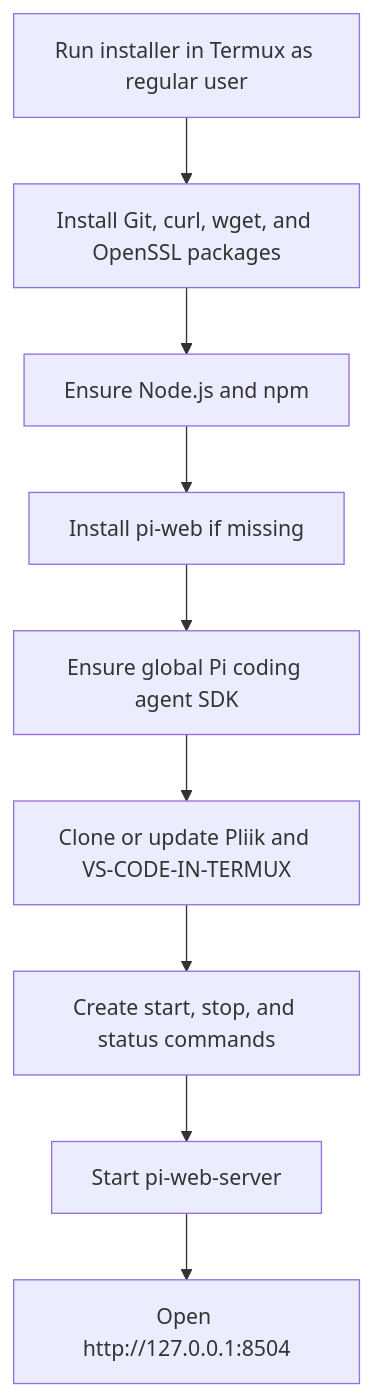
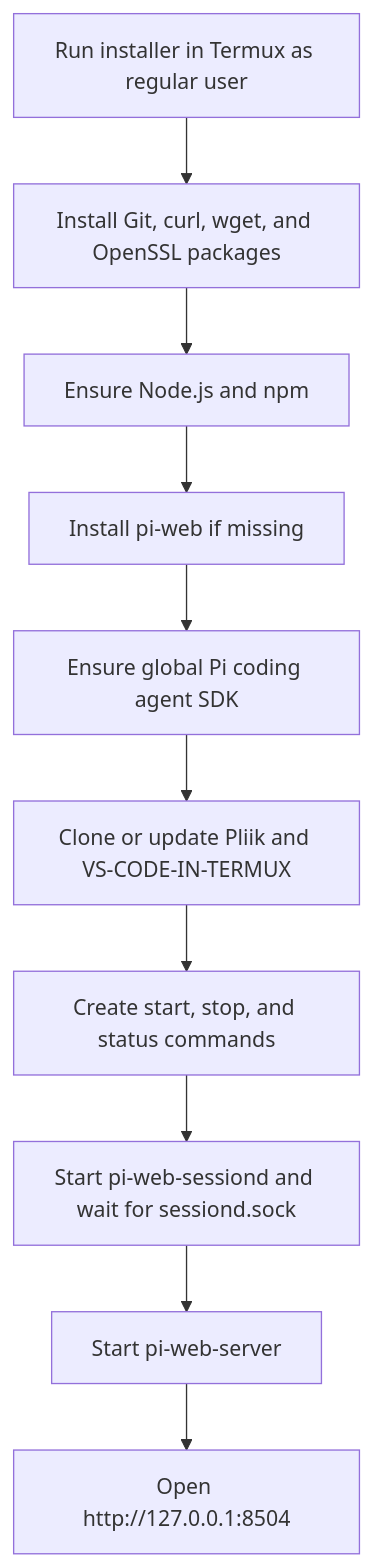
Before and after one commit to mutualendemic/pliik: the second of 2 diagrams in ARCHITECTURE.md, drawn with Mermaid. The commit also changed other lines of this file and 2 other files, not shown here.

Commit message:
Start pi-web session daemon on Termux

````diff
--- a/ARCHITECTURE.md
+++ b/ARCHITECTURE.md
@@ -34,14 +39,15 @@
 ```mermaid
 flowchart TD
     Start[Run installer in Termux as regular user]
     Base[Install Git, curl, wget, and OpenSSL packages]
     Runtime[Ensure Node.js and npm]
     PiWeb[Install pi-web if missing]
     SDK[Ensure global Pi coding agent SDK]
     Checkout[Clone or update Pliik and VS-CODE-IN-TERMUX]
     Commands[Create start, stop, and status commands]
+    Sessiond[Start pi-web-sessiond and wait for sessiond.sock]
     Server[Start pi-web-server]
     Ready[Open http://127.0.0.1:8504]
 
-    Start --> Base --> Runtime --> PiWeb --> SDK --> Checkout --> Commands --> Server --> Ready
+    Start --> Base --> Runtime --> PiWeb --> SDK --> Checkout --> Commands --> Sessiond --> Server --> Ready
 ```
````
